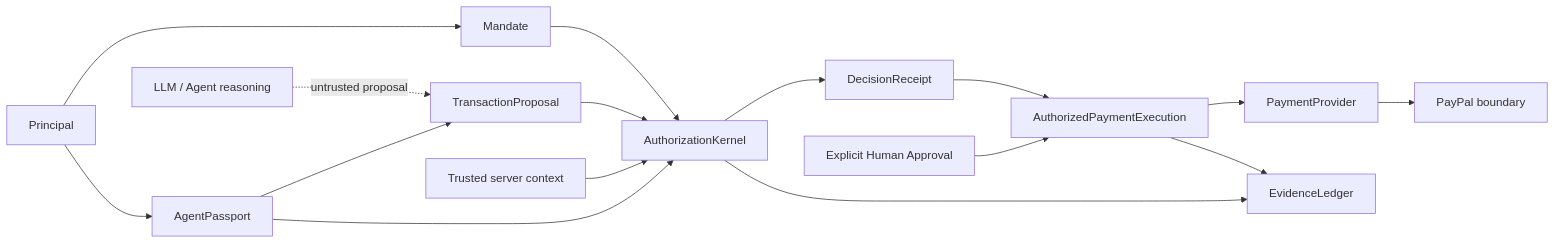
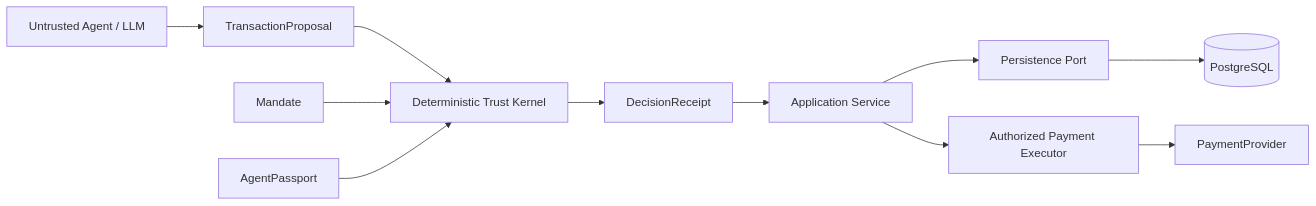
The diagram in docs/ARCHITECTURE.md (VictorCyberDev/PayFlow), drawn with Mermaid before and after one commit. The commit also changed other lines of this file and 2 other files, not shown here.

````diff
--- a/docs/ARCHITECTURE.md
+++ b/docs/ARCHITECTURE.md
@@ -7,18 +5,13 @@
 ```mermaid
 flowchart LR
-  H[Principal] --> M[Mandate]
-  H --> A[AgentPassport]
-  A --> P[TransactionProposal]
-  M --> K[AuthorizationKernel]
-  A --> K
-  P --> K
-  C[Trusted server context] --> K
+  U[Untrusted Agent / LLM] --> P[TransactionProposal]
+  P --> K[Deterministic Trust Kernel]
+  M[Mandate] --> K
+  A[AgentPassport] --> K
   K --> R[DecisionReceipt]
-  R --> X[AuthorizedPaymentExecution]
-  AP[Explicit Human Approval] --> X
+  R --> S[Application Service]
+  S --> D[Persistence Port]
+  D --> PG[(PostgreSQL)]
+  S --> X[Authorized Payment Executor]
   X --> PP[PaymentProvider]
-  PP --> PY[PayPal boundary]
-  K --> E[EvidenceLedger]
-  X --> E
-  LLM[LLM / Agent reasoning] -. untrusted proposal .-> P
 ```
````
